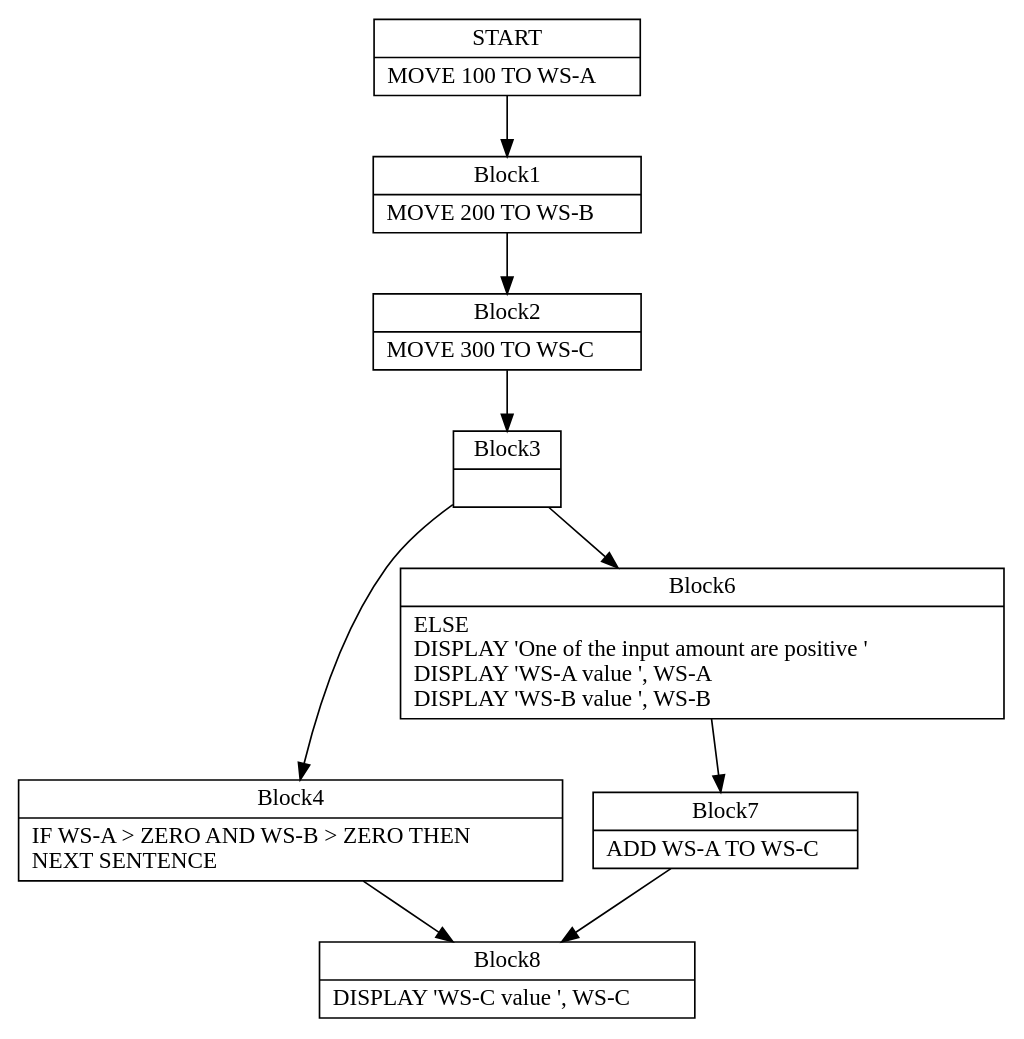
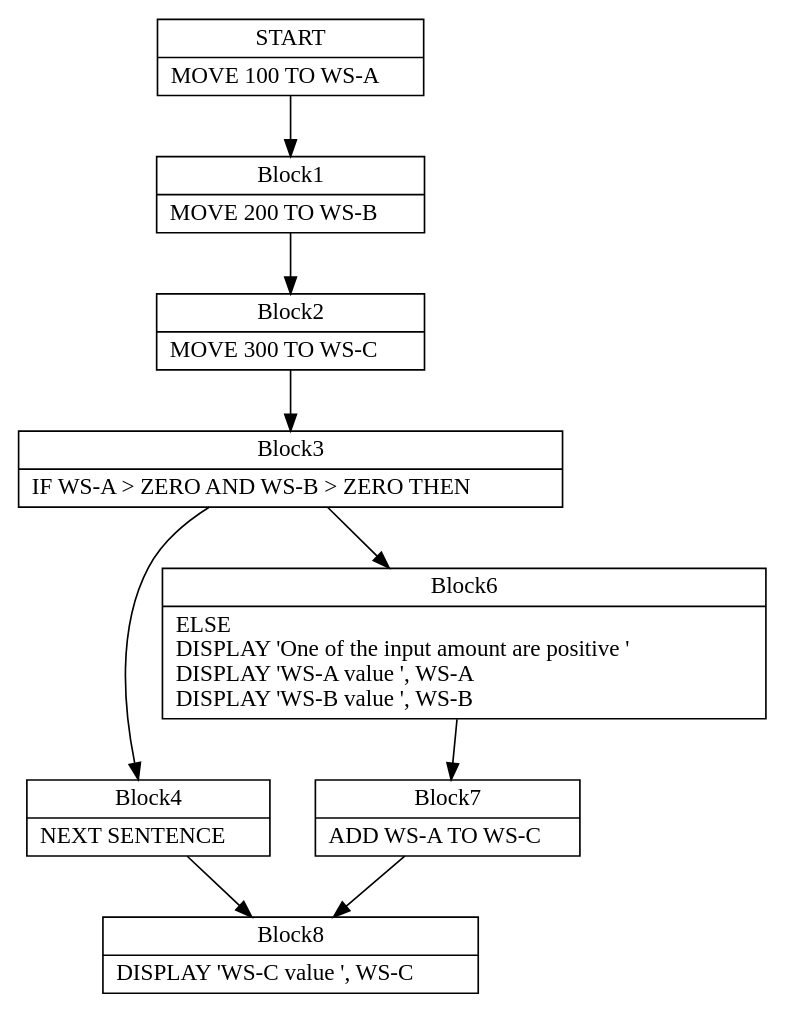
One commit to TypeCobolTeam/TypeCobol changed the diagram in TypeCobol.Analysis.Test/DotOutput/IfThenElseNextSentence0.dot. Above: the diagram before and after it, drawn with Graphviz. The commit also changed 456 other files, not shown here.

Commit message:
WI #1269 Test CFG dot graphs and visualization.

```diff
--- a/TypeCobol.Analysis.Test/DotOutput/IfThenElseNextSentence0.dot
+++ b/TypeCobol.Analysis.Test/DotOutput/IfThenElseNextSentence0.dot
@@ -1,42 +1,42 @@
 digraph Cfg {
 node [
 shape = "record"
 ]
 
 edge [
 arrowtail = "empty"
 ]
 Block0 [
 label = "{START|    MOVE 100 TO WS-A\l}"
 ]
 Block1 [
 label = "{Block1|    MOVE 200 TO WS-B\l}"
 ]
 Block2 [
 label = "{Block2|    MOVE 300 TO WS-C\l}"
 ]
 Block3 [
-label = "{Block3|}"
+label = "{Block3|    IF WS-A \> ZERO AND WS-B \> ZERO THEN\l}"
 ]
 Block4 [
-label = "{Block4|    IF WS-A \> ZERO AND WS-B \> ZERO THEN\l      NEXT SENTENCE\l}"
+label = "{Block4|      NEXT SENTENCE\l}"
 ]
 Block8 [
 label = "{Block8|    DISPLAY 'WS-C value ', WS-C\l}"
 ]
 Block6 [
 label = "{Block6|    ELSE\l      DISPLAY 'One of the input amount are positive '\l      DISPLAY 'WS-A value ', WS-A\l      DISPLAY 'WS-B value ', WS-B\l}"
 ]
 Block7 [
 label = "{Block7|    ADD WS-A TO WS-C\l}"
 ]
 Block0 -> Block1
 Block1 -> Block2
 Block2 -> Block3
 Block3 -> Block4
 Block3 -> Block6
 Block4 -> Block8
 Block6 -> Block7
 Block7 -> Block8
 
 }
```
